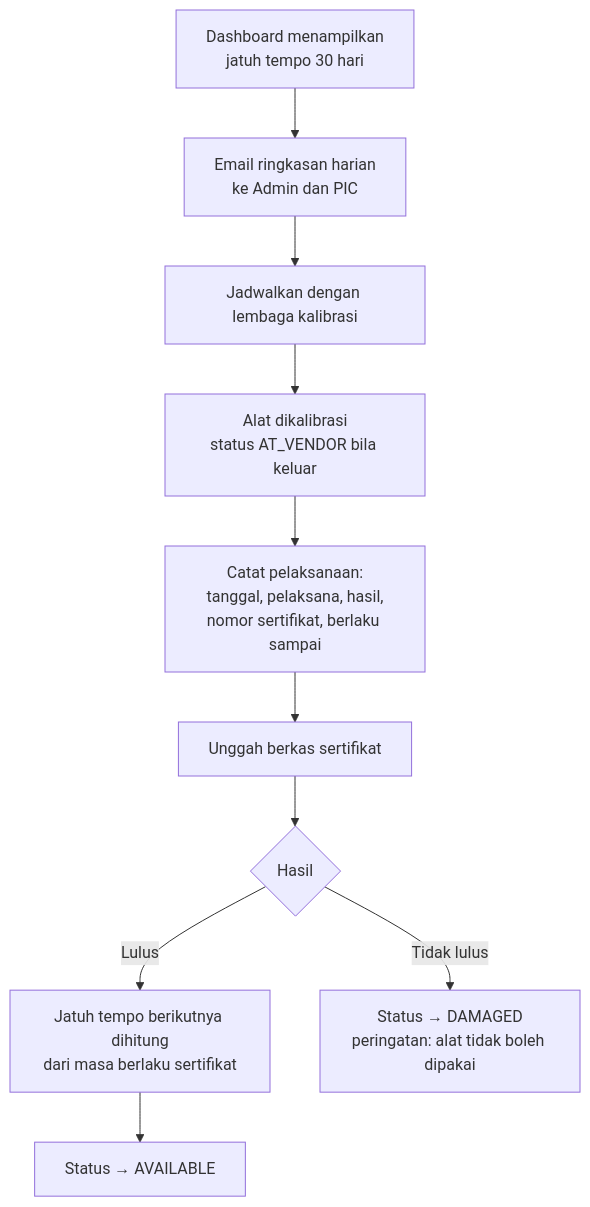
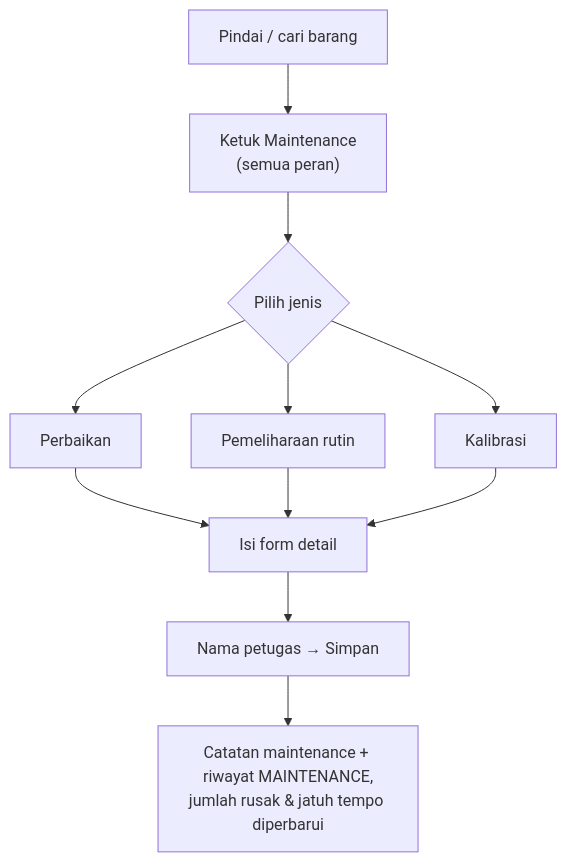
One commit to mferdinandr/inventory-management changed the fourth of 4 diagrams in docs/05-user-flows.md. Above: the diagram before and after it, drawn with Mermaid. The commit also changed other lines of this file and 229 other files, not shown here.

````diff
--- a/docs/05-user-flows.md
+++ b/docs/05-user-flows.md
@@ -218,12 +91,13 @@
 ```mermaid
 flowchart TD
-    A["Dashboard menampilkan<br/>jatuh tempo 30 hari"] --> B["Email ringkasan harian<br/>ke Admin dan PIC"]
-    B --> C["Jadwalkan dengan lembaga kalibrasi"]
-    C --> D["Alat dikalibrasi<br/>status AT_VENDOR bila keluar"]
-    D --> E["Catat pelaksanaan:<br/>tanggal, pelaksana, hasil,<br/>nomor sertifikat, berlaku sampai"]
-    E --> F["Unggah berkas sertifikat"]
-    F --> G{"Hasil"}
-    G -->|Lulus| H["Jatuh tempo berikutnya dihitung<br/>dari masa berlaku sertifikat"]
-    G -->|Tidak lulus| I["Status → DAMAGED<br/>peringatan: alat tidak boleh dipakai"]
-    H --> J["Status → AVAILABLE"]
+    A["Pindai / cari barang"] --> B["Ketuk Maintenance<br/>(semua peran)"]
+    B --> C{"Pilih jenis"}
+    C --> D["Perbaikan"]
+    C --> E["Pemeliharaan rutin"]
+    C --> F["Kalibrasi"]
+    D --> G["Isi form detail"]
+    E --> G
+    F --> G
+    G --> H["Nama petugas → Simpan"]
+    H --> I["Catatan maintenance + riwayat MAINTENANCE,<br/>jumlah rusak & jatuh tempo diperbarui"]
 ```
````
